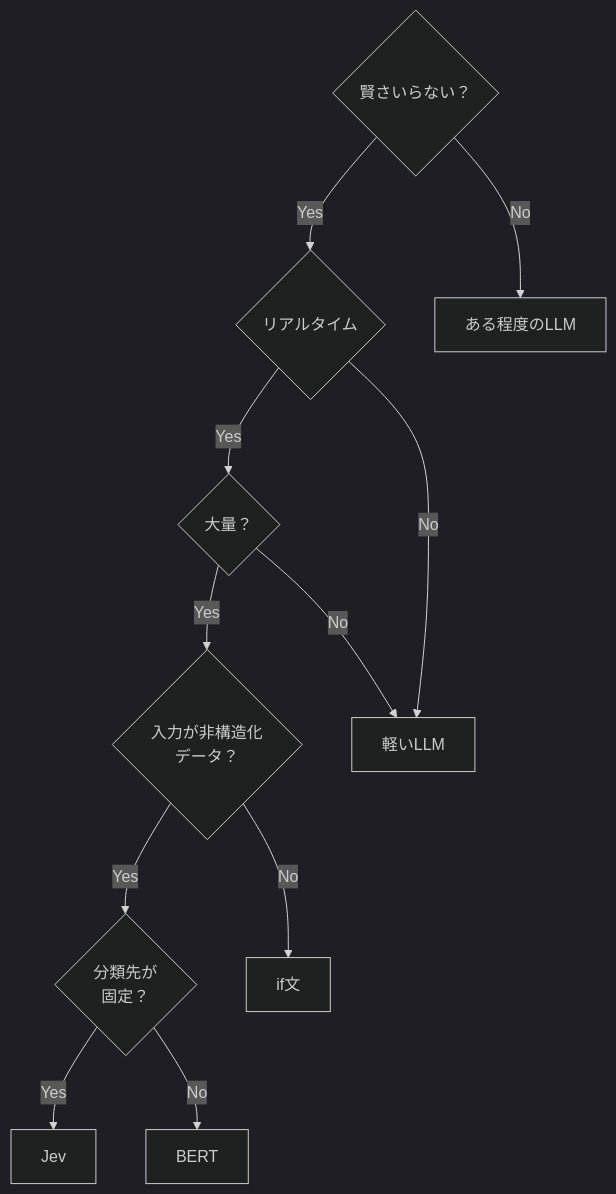
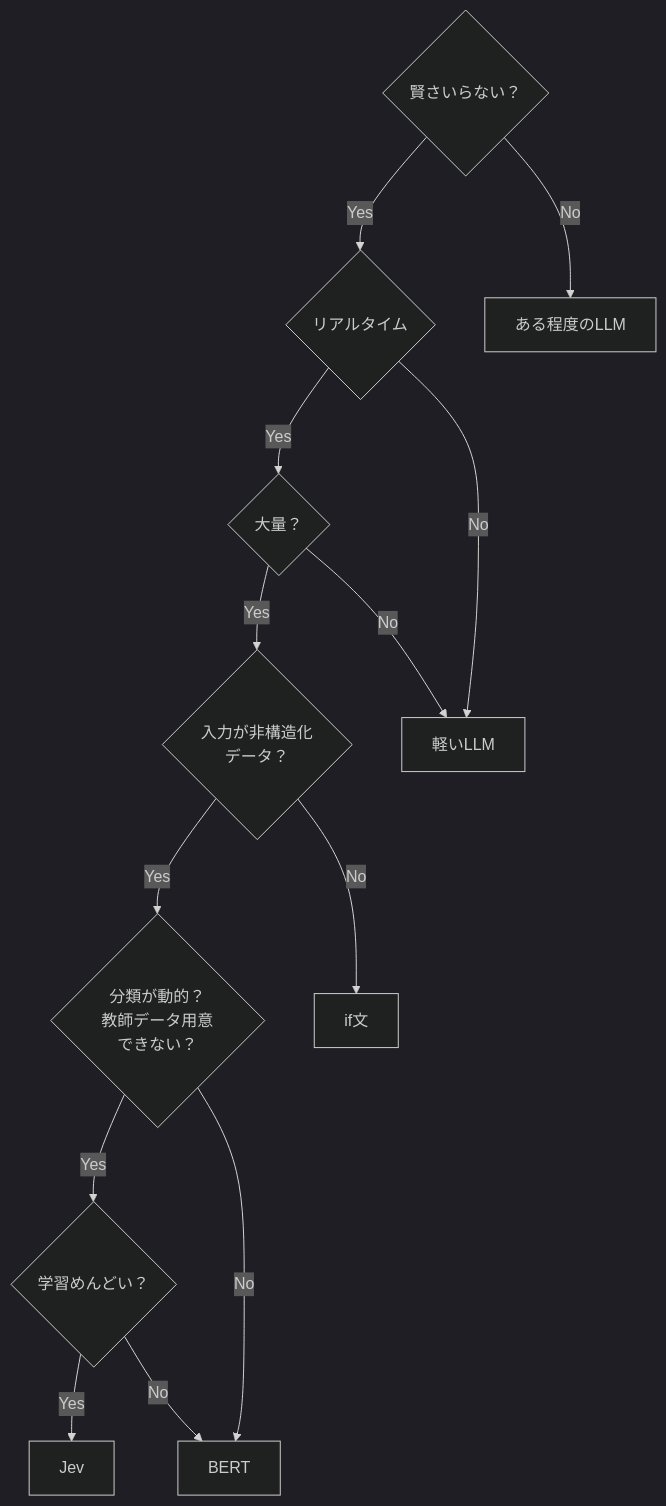
One commit to kzkhykw/jev-or-not changed the diagram in README.md. Above: the diagram before and after it, drawn with Mermaid (dark theme). The commit also changed other lines of this file, not shown here.

Commit message:
Update flowchart to match latest diagram

````diff
--- a/README.md
+++ b/README.md
@@ -5,25 +5,28 @@
 ```mermaid
 flowchart TD
     A{"賢さいらない？"}
     B{"リアルタイム"}
     C{"大量？"}
     D{"入力が非構造化<br/>データ？"}
-    E{"分類先が<br/>固定？"}
+    E{"分類が動的？<br/>教師データ用意<br/>できない？"}
+    F{"学習めんどい？"}
 
     J["Jev"]
     BERT["BERT"]
     IF["if文"]
     LIGHT["軽いLLM"]
     SOME["ある程度のLLM"]
 
     A -->|Yes| B
     A -->|No| SOME
     B -->|Yes| C
     B -->|No| LIGHT
     C -->|Yes| D
     C -->|No| LIGHT
     D -->|Yes| E
     D -->|No| IF
-    E -->|Yes| J
+    E -->|Yes| F
     E -->|No| BERT
+    F -->|Yes| J
+    F -->|No| BERT
 ```
````
